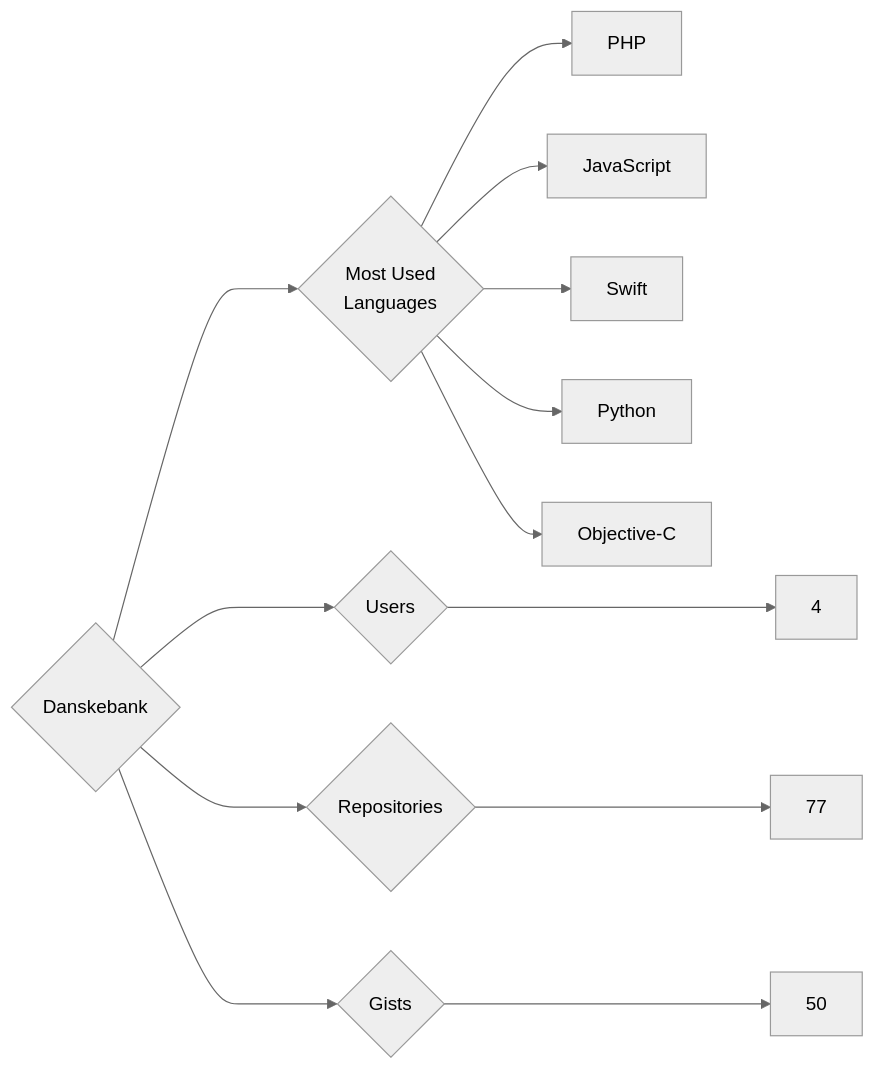
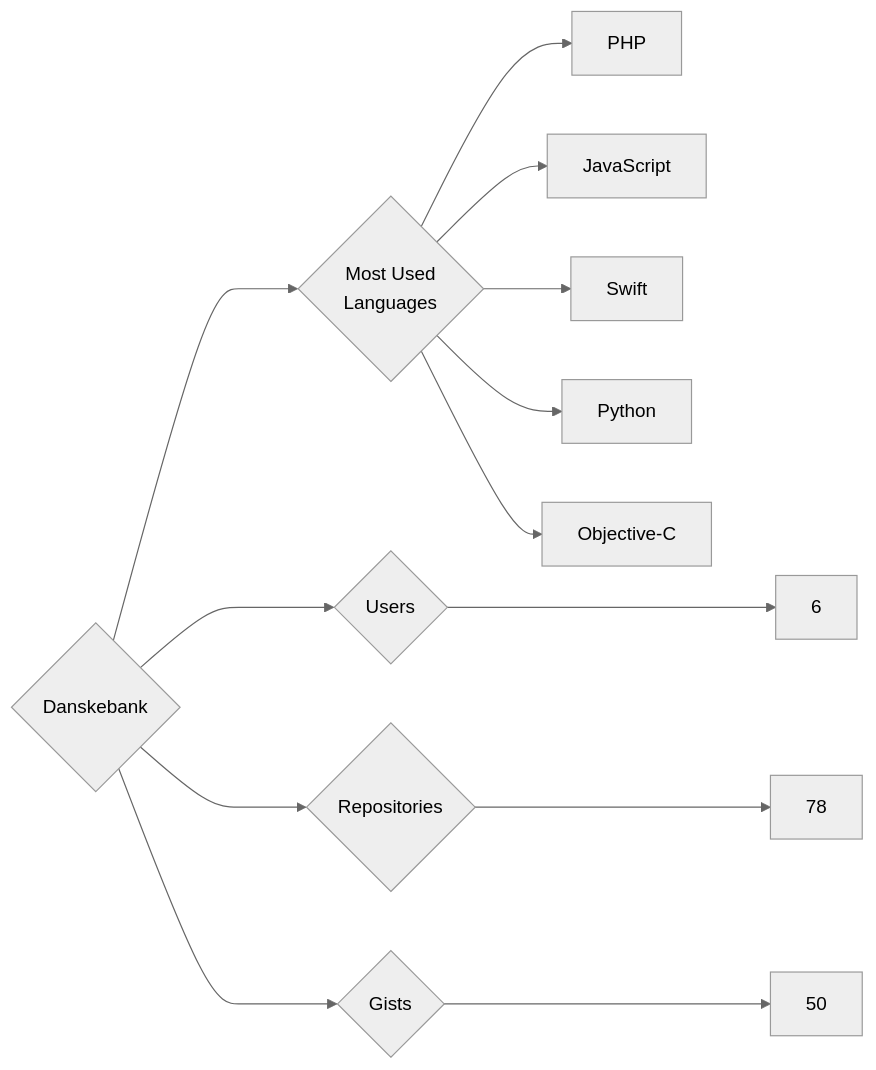
Before and after one commit to trickest/insiders: the diagram in targets/Danskebank/README.md, drawn with Mermaid (neutral theme). The commit also changed 965 other files, not shown here.

````diff
--- a/targets/Danskebank/README.md
+++ b/targets/Danskebank/README.md
@@ -3,13 +3,13 @@
 ```mermaid
 graph LR
 COMPANY_NAME{Danskebank}
-COMPANY_NAME ---> U{Users} ---> UN[4]
-COMPANY_NAME ---> R{Repositories} ---> RN[77]
+COMPANY_NAME ---> U{Users} ---> UN[6]
+COMPANY_NAME ---> R{Repositories} ---> RN[78]
 COMPANY_NAME ---> G{Gists} ---> GN[50]
 COMPANY_NAME ---> ML{Most Used<br>Languages}
 ML --> PHP[PHP]
 ML --> JavaScript[JavaScript]
 ML --> Swift[Swift]
 ML --> Python[Python]
 ML --> Objective-C[Objective-C]
 ```
````
